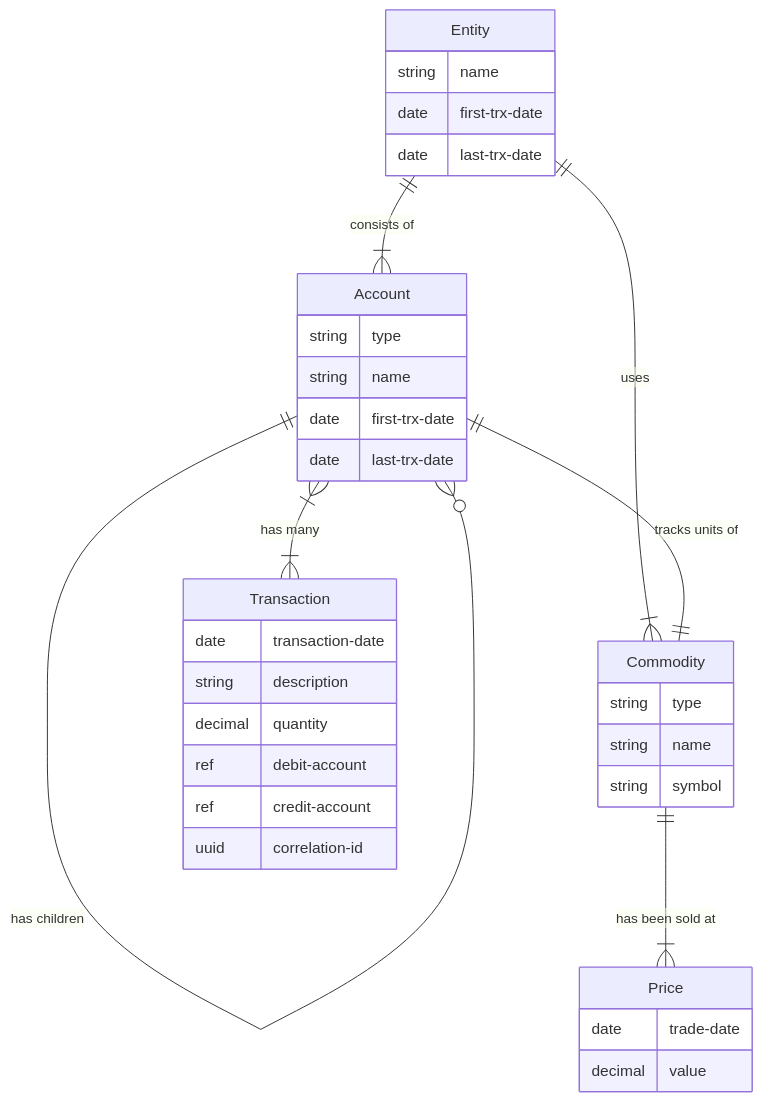
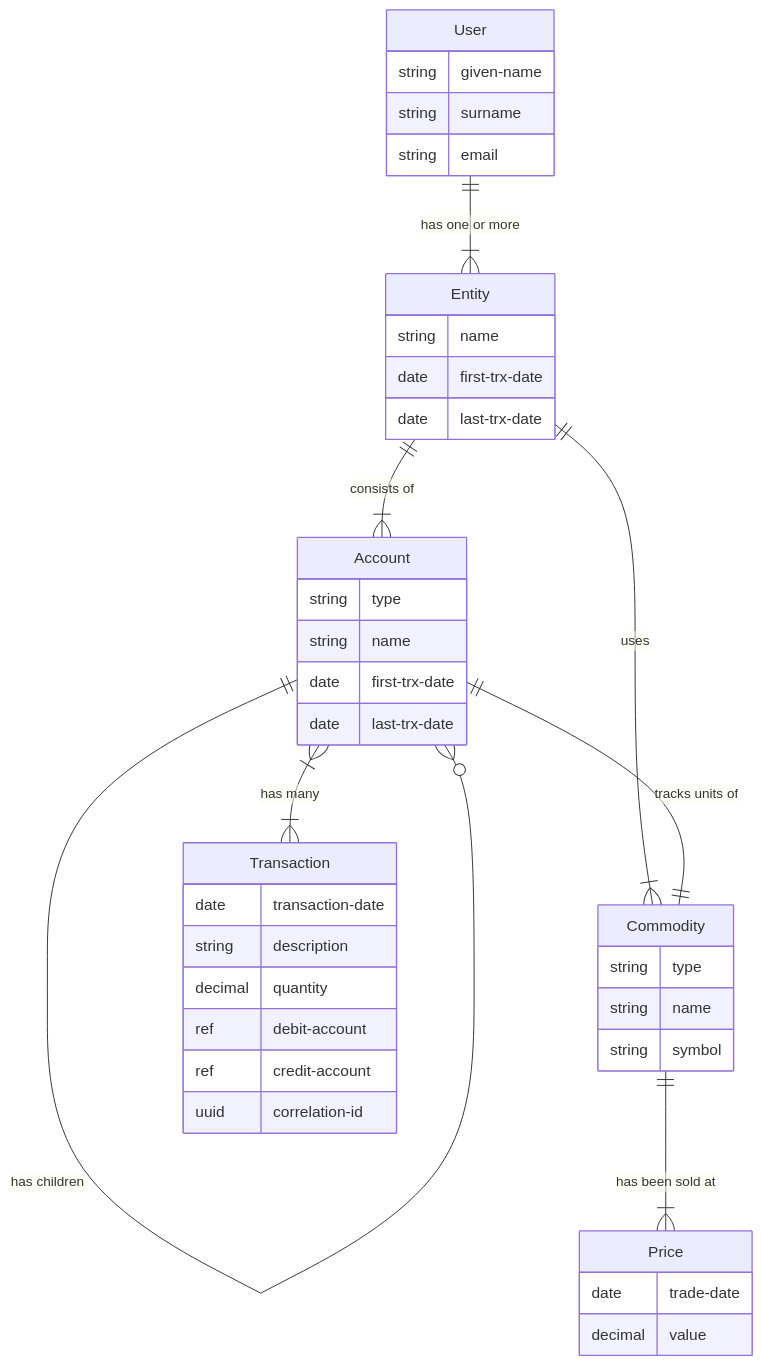
The diagram in README.md (dgknght/xtdb-money), drawn with Mermaid before and after one commit. The commit also changed 17 other files, not shown here.

````diff
--- a/README.md
+++ b/README.md
@@ -7,37 +7,43 @@
 ```mermaid
 erDiagram
+User ||--|{ Entity : "has one or more"
+User {
+    string given-name
+    string surname
+    string email
+}
 Entity ||--|{ Account  : "consists of"
 Entity {
     string name
     date first-trx-date
     date last-trx-date
 }
 Entity ||--|{ Commodity : "uses"
 Account {
     string type
     string name
     date first-trx-date
     date last-trx-date
 }
 Account ||--o{ Account : "has children"
 Account ||--|| Commodity : "tracks units of"
 Commodity {
     string type
     string name
     string symbol
 }
 Commodity ||--|{ Price : "has been sold at"
 Price {
     date trade-date
     decimal value
 }
 Account }|--|{ Transaction : "has many"
 Transaction {
     date transaction-date
     string description
     decimal quantity
     ref debit-account
     ref credit-account
     uuid correlation-id
 }
 ```
````
